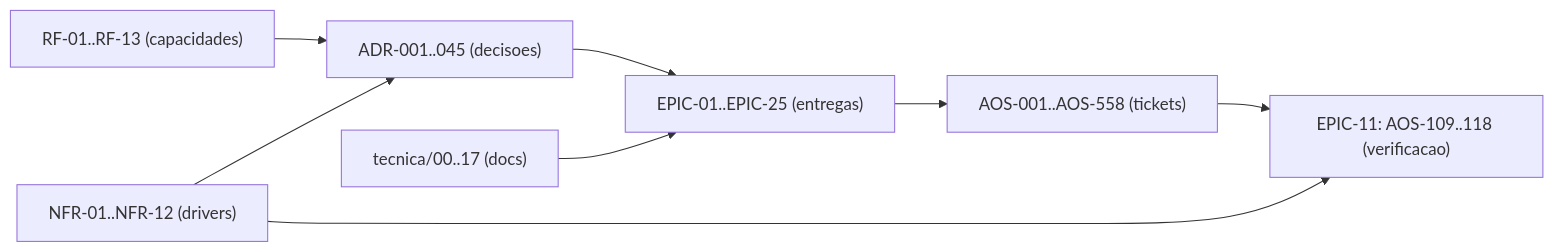
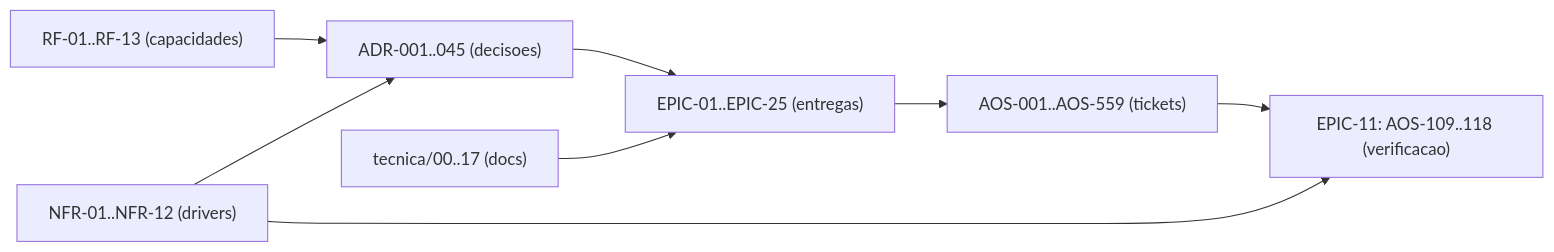
One commit to albinoJimy/aos changed the diagram in tecnica/16_Rastreabilidade_RTM.md. Above: the diagram before and after it, drawn with Mermaid. The commit also changed other lines of this file and 1 other file, not shown here.

First line of the commit message:
spike(AOS-559): a re-hospedagem de um `run_id` em curso aceita do corpo tudo o que não é o modelo

````diff
--- a/tecnica/16_Rastreabilidade_RTM.md
+++ b/tecnica/16_Rastreabilidade_RTM.md
@@ -215,10 +215,10 @@
 ```mermaid
 flowchart LR
     RF["RF-01..RF-13 (capacidades)"] --> ADR["ADR-001..045 (decisoes)"]
     NFR["NFR-01..NFR-12 (drivers)"] --> ADR
     ADR --> EPIC["EPIC-01..EPIC-25 (entregas)"]
-    EPIC --> TICK["AOS-001..AOS-558 (tickets)"]
+    EPIC --> TICK["AOS-001..AOS-559 (tickets)"]
     DOC["tecnica/00..17 (docs)"] --> EPIC
     TICK --> TEST["EPIC-11: AOS-109..118 (verificacao)"]
     NFR --> TEST
 ```
````
